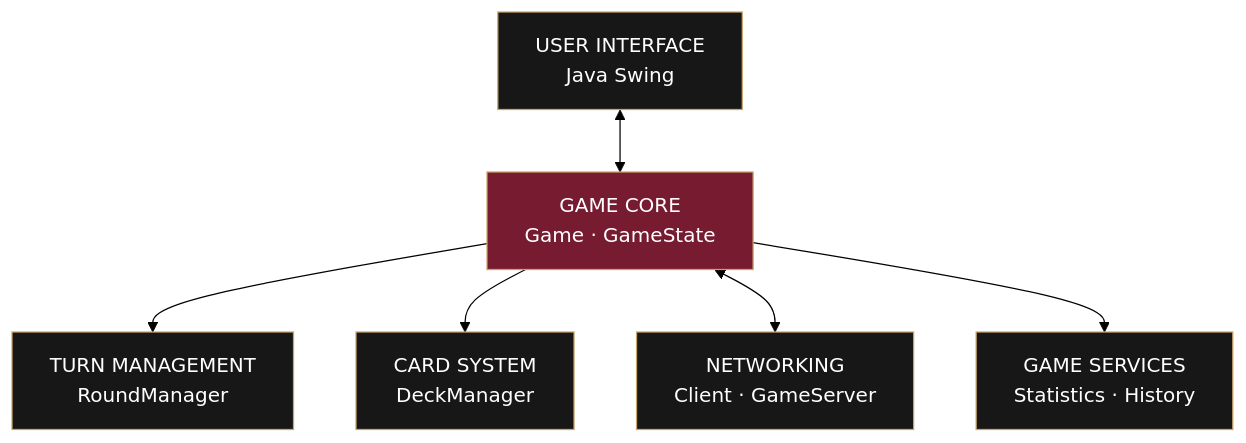
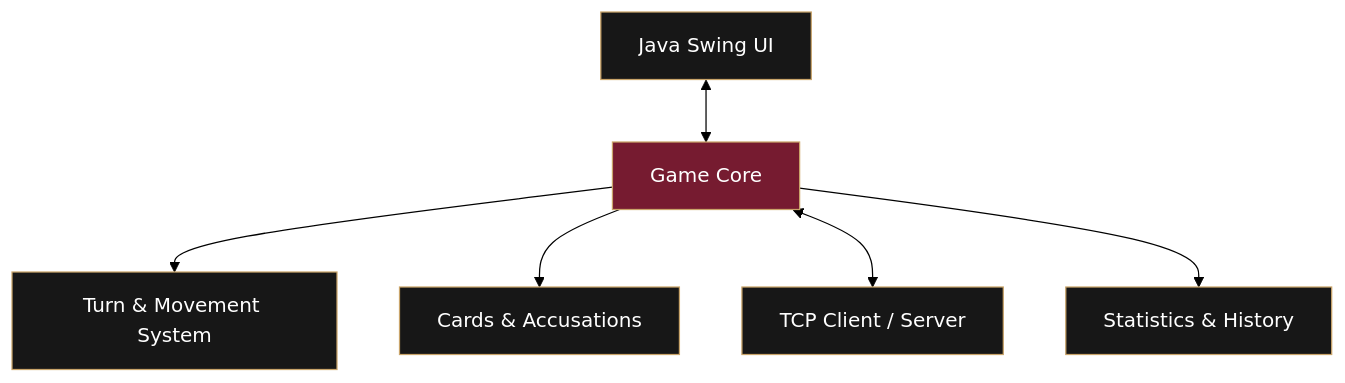
Before and after one commit to Finse2/DeustoMurder: the diagram in README.md, drawn with Mermaid (forest theme). The commit also changed other lines of this file, not shown here.

````diff
--- a/README.md
+++ b/README.md
@@ -242,21 +100,12 @@
 ```mermaid
 flowchart TD
-    UI["USER INTERFACE<br/>Java Swing"]
-    CORE["GAME CORE<br/>Game · GameState"]
-    TURNS["TURN MANAGEMENT<br/>RoundManager"]
-    CARDS["CARD SYSTEM<br/>DeckManager"]
-    NETWORK["NETWORKING<br/>Client · GameServer"]
-    SERVICES["GAME SERVICES<br/>Statistics · History"]
-
-    UI <--> CORE
-    CORE --> TURNS
-    CORE --> CARDS
-    CORE <--> NETWORK
-    CORE --> SERVICES
-
-    classDef primary fill:#761B30,stroke:#C9A46A,color:#FFFFFF;
-    classDef secondary fill:#171717,stroke:#C9A46A,color:#FFFFFF;
-
-    class CORE primary;
-    class UI,TURNS,CARDS,NETWORK,SERVICES secondary;
+    UI["Java Swing UI"] <--> CORE["Game Core"]
+    CORE --> TURNS["Turn & Movement System"]
+    CORE --> CARDS["Cards & Accusations"]
+    CORE <--> NET["TCP Client / Server"]
+    CORE --> SERVICES["Statistics & History"]
+    classDef central fill:#761B30,stroke:#C9A46A,color:#fff;
+    classDef module fill:#171717,stroke:#C9A46A,color:#fff;
+    class CORE central;
+    class UI,TURNS,CARDS,NET,SERVICES module;
 ```
````
